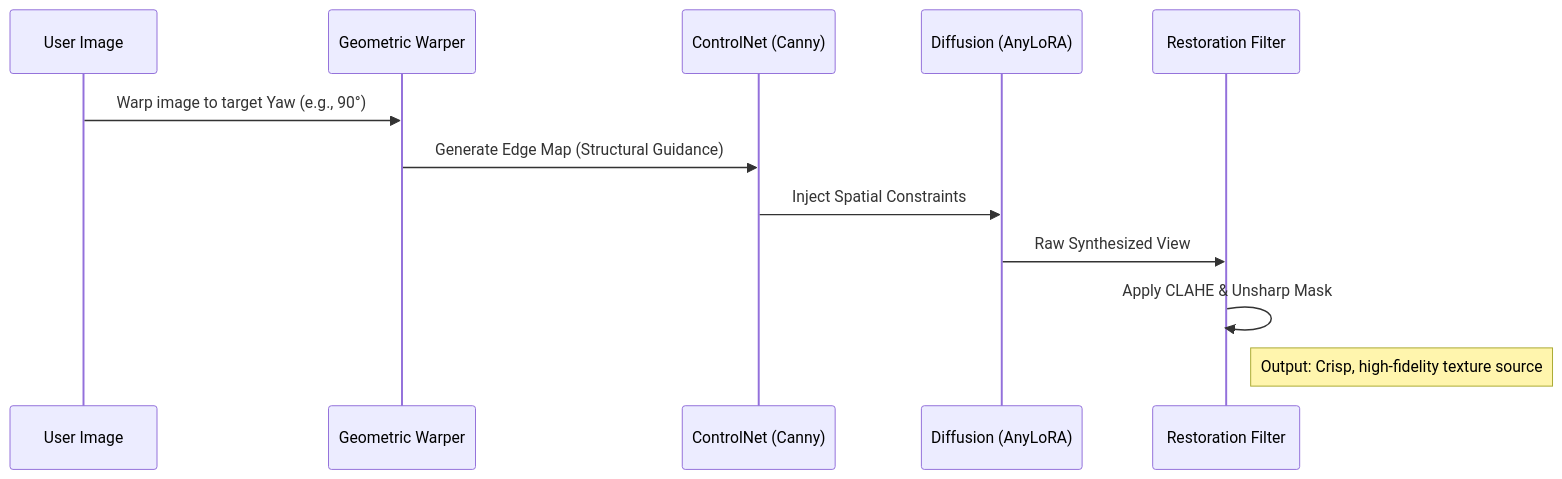
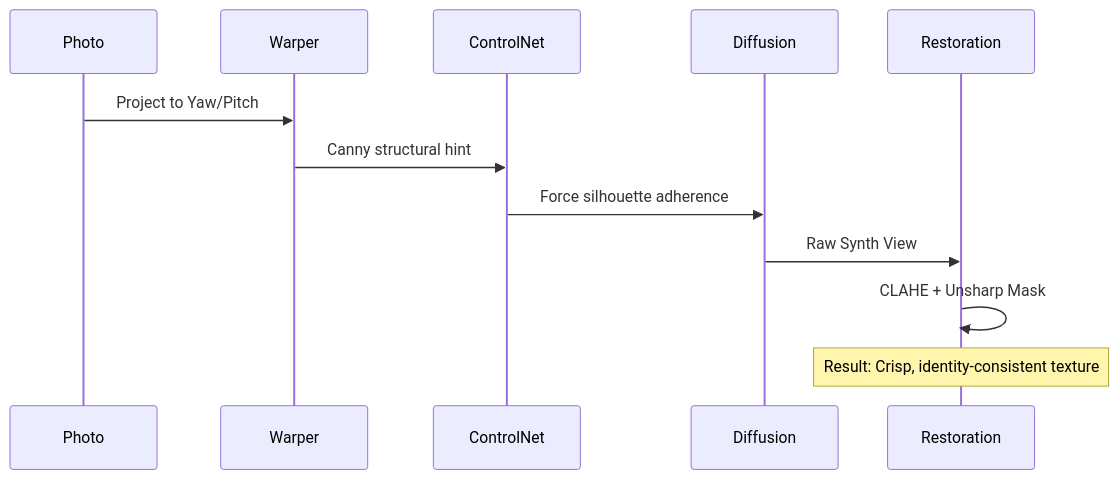
The second of 2 diagrams in README.md (Dhruvil1308/Single-Image-to-Stylized-3D), drawn with Mermaid before and after one commit. The commit also changed other lines of this file, not shown here.

````diff
--- a/README.md
+++ b/README.md
@@ -55,15 +56,15 @@
 ```mermaid
 sequenceDiagram
-    participant U as User Image
-    participant G as Geometric Warper
-    participant C as ControlNet (Canny)
-    participant D as Diffusion (AnyLoRA)
-    participant R as Restoration Filter
+    participant P as Photo
+    participant W as Warper
+    participant C as ControlNet
+    participant D as Diffusion
+    participant F as Restoration
 
-    U->>G: Warp image to target Yaw (e.g., 90°)
-    G->>C: Generate Edge Map (Structural Guidance)
-    C->>D: Inject Spatial Constraints
-    D->>R: Raw Synthesized View
-    R->>R: Apply CLAHE & Unsharp Mask
-    Note right of R: Output: Crisp, high-fidelity texture source
+    P->>W: Project to Yaw/Pitch
+    W->>C: Canny structural hint
+    C->>D: Force silhouette adherence
+    D->>F: Raw Synth View
+    F->>F: CLAHE + Unsharp Mask
+    Note over F: Result: Crisp, identity-consistent texture
 ```
````
